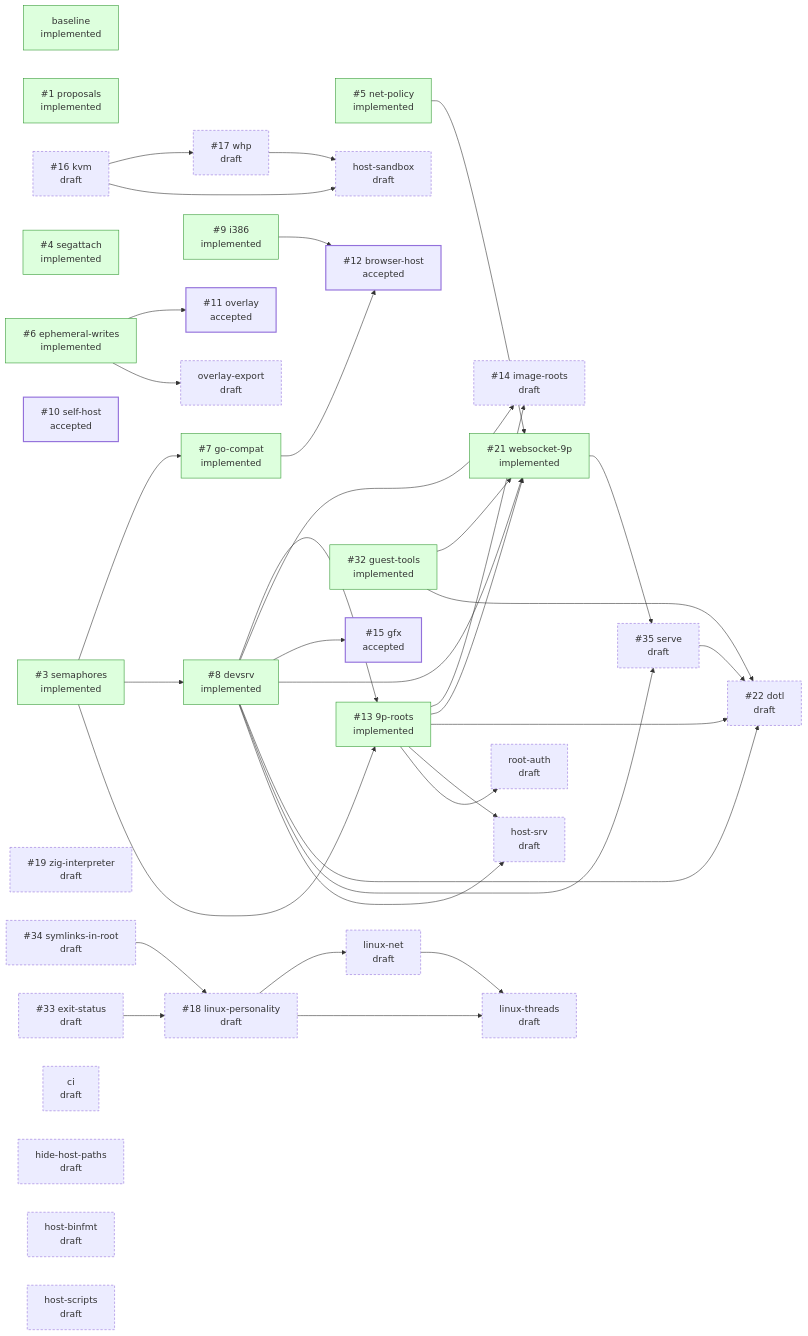
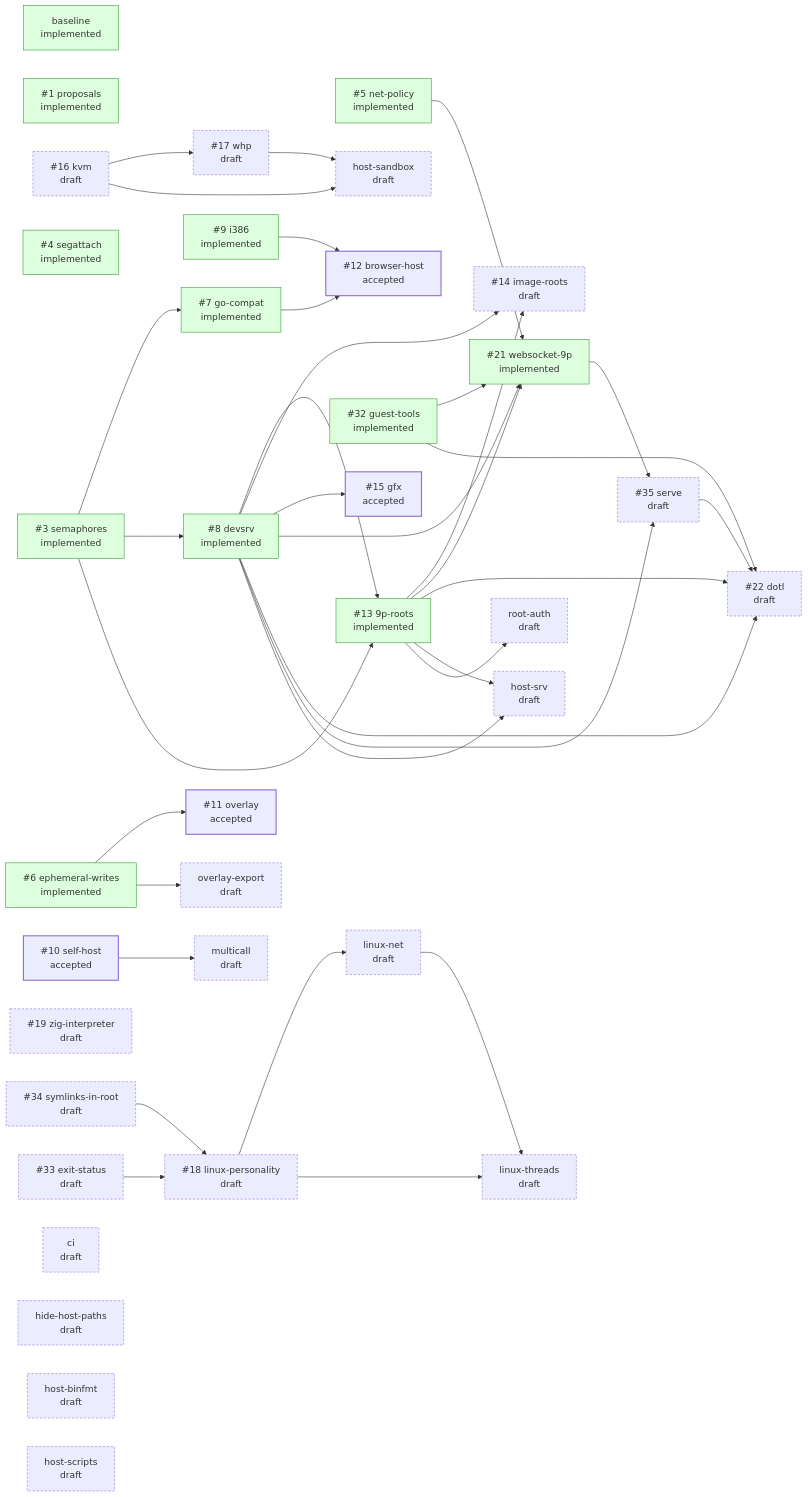
The diagram in README.md (progrium/hyper9), drawn with Mermaid before and after one commit. The commit also changed other lines of this file and 1 other file, not shown here.

Commit message:
design: multicall references #10 by number; README table
Claude-Session: https://claude.ai/code/session_01LLcnT4MVbREXPs89DtMrre

````diff
--- a/README.md
+++ b/README.md
@@ -53,74 +54,76 @@
 ```mermaid
 flowchart LR
   classDef draft stroke-dasharray: 4 3
   classDef accepted stroke-width: 2px
   classDef implemented fill:#dfd,stroke:#393
   classDef closed fill:#eee,stroke:#999,color:#777
   p_baseline["baseline<br/>implemented"]:::implemented
   p_proposals["#35;1 proposals<br/>implemented"]:::implemented
   p_semaphores["#35;3 semaphores<br/>implemented"]:::implemented
   p_segattach["#35;4 segattach<br/>implemented"]:::implemented
   p_net_policy["#35;5 net-policy<br/>implemented"]:::implemented
   p_ephemeral_writes["#35;6 ephemeral-writes<br/>implemented"]:::implemented
   p_go_compat["#35;7 go-compat<br/>implemented"]:::implemented
   p_devsrv["#35;8 devsrv<br/>implemented"]:::implemented
   p_i386["#35;9 i386<br/>implemented"]:::implemented
   p_self_host["#35;10 self-host<br/>accepted"]:::accepted
   p_overlay["#35;11 overlay<br/>accepted"]:::accepted
   p_browser_host["#35;12 browser-host<br/>accepted"]:::accepted
   p_9p_roots["#35;13 9p-roots<br/>implemented"]:::implemented
   p_image_roots["#35;14 image-roots<br/>draft"]:::draft
   p_gfx["#35;15 gfx<br/>accepted"]:::accepted
   p_kvm["#35;16 kvm<br/>draft"]:::draft
   p_whp["#35;17 whp<br/>draft"]:::draft
   p_linux_personality["#35;18 linux-personality<br/>draft"]:::draft
   p_zig_interpreter["#35;19 zig-interpreter<br/>draft"]:::draft
   p_websocket_9p["#35;21 websocket-9p<br/>implemented"]:::implemented
   p_dotl["#35;22 dotl<br/>draft"]:::draft
   p_guest_tools["#35;32 guest-tools<br/>implemented"]:::implemented
   p_exit_status["#35;33 exit-status<br/>draft"]:::draft
   p_symlinks_in_root["#35;34 symlinks-in-root<br/>draft"]:::draft
   p_serve["#35;35 serve<br/>draft"]:::draft
   p_ci["ci<br/>draft"]:::draft
   p_hide_host_paths["hide-host-paths<br/>draft"]:::draft
   p_host_binfmt["host-binfmt<br/>draft"]:::draft
   p_host_sandbox["host-sandbox<br/>draft"]:::draft
   p_host_scripts["host-scripts<br/>draft"]:::draft
   p_host_srv["host-srv<br/>draft"]:::draft
   p_linux_net["linux-net<br/>draft"]:::draft
   p_linux_threads["linux-threads<br/>draft"]:::draft
+  p_multicall["multicall<br/>draft"]:::draft
   p_overlay_export["overlay-export<br/>draft"]:::draft
   p_root_auth["root-auth<br/>draft"]:::draft
   p_semaphores --> p_go_compat
   p_semaphores --> p_devsrv
   p_ephemeral_writes --> p_overlay
   p_go_compat --> p_browser_host
   p_i386 --> p_browser_host
   p_semaphores --> p_9p_roots
   p_devsrv --> p_9p_roots
   p_devsrv --> p_image_roots
   p_9p_roots --> p_image_roots
   p_devsrv --> p_gfx
   p_kvm --> p_whp
   p_symlinks_in_root --> p_linux_personality
   p_exit_status --> p_linux_personality
   p_net_policy --> p_websocket_9p
   p_devsrv --> p_websocket_9p
   p_9p_roots --> p_websocket_9p
   p_guest_tools --> p_websocket_9p
   p_devsrv --> p_dotl
   p_9p_roots --> p_dotl
   p_serve --> p_dotl
   p_guest_tools --> p_dotl
   p_devsrv --> p_serve
   p_websocket_9p --> p_serve
   p_kvm --> p_host_sandbox
   p_whp --> p_host_sandbox
   p_devsrv --> p_host_srv
   p_9p_roots --> p_host_srv
   p_linux_personality --> p_linux_net
   p_linux_personality --> p_linux_threads
   p_linux_net --> p_linux_threads
+  p_self_host --> p_multicall
   p_ephemeral_writes --> p_overlay_export
   p_9p_roots --> p_root_auth
 ```
````
